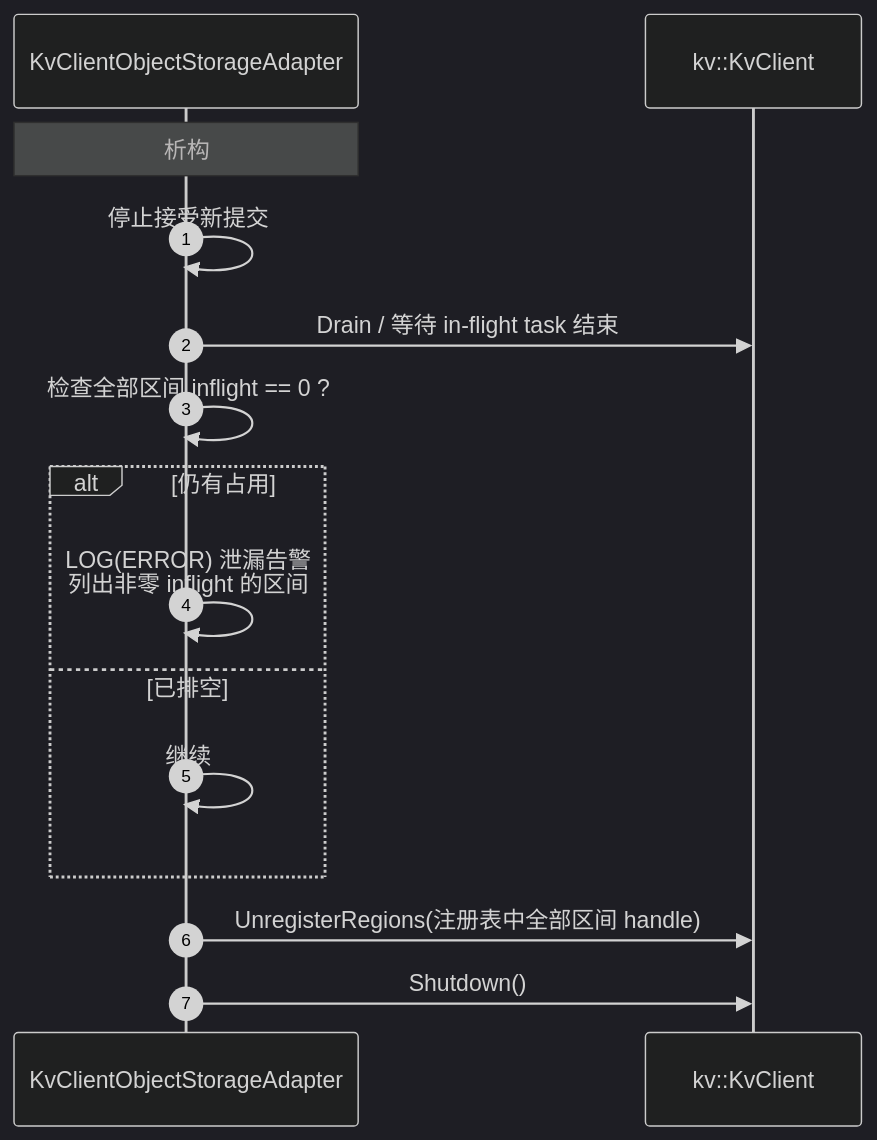
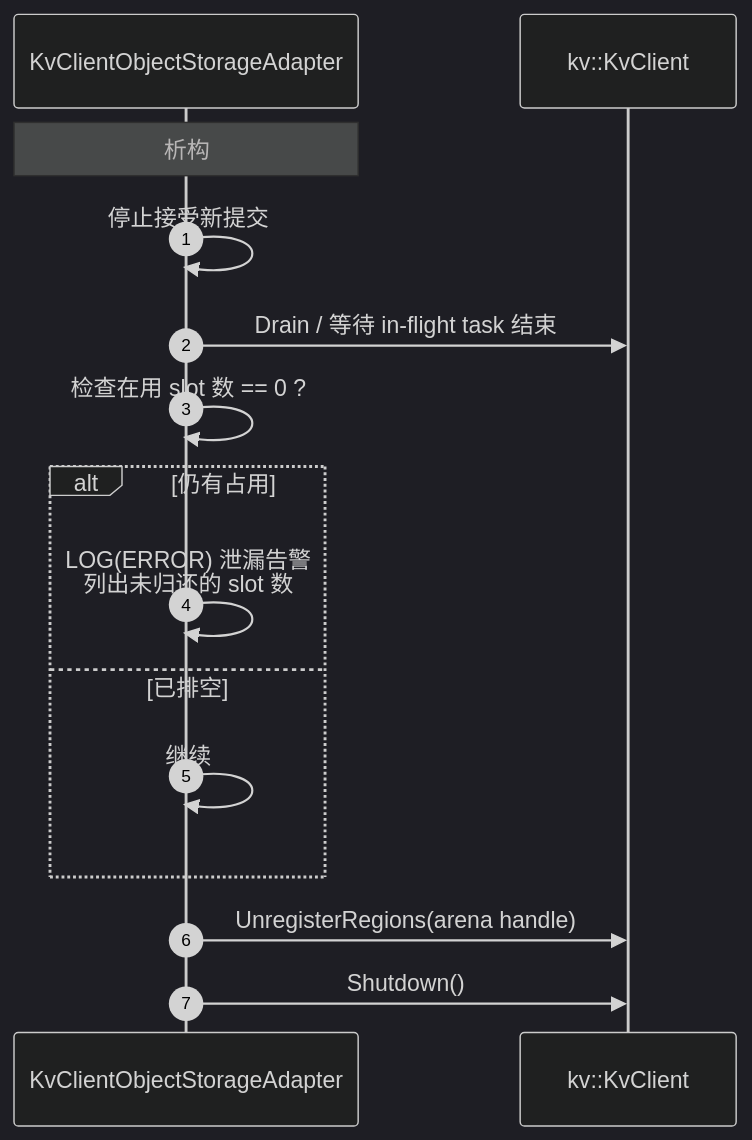
Before and after one commit to zwj20000328-dotcom/Mooncake-documents: diagram 13 of 13 in Mooncake + KVClient L3 接入（Kvcs）- v3.md, drawn with Mermaid (dark theme). The commit also changed other lines of this file, not shown here.

First line of the commit message:
docs: switch the data path to one arena with per-call slots

````diff
--- a/Mooncake + KVClient L3 接入（Kvcs）- v3.md
+++ b/Mooncake + KVClient L3 接入（Kvcs）- v3.md
@@ -759,18 +760,18 @@
 ```mermaid
 sequenceDiagram
     autonumber
     participant AD as KvClientObjectStorageAdapter
     participant SDK as kv::KvClient
 
     Note over AD: 析构
     AD->>AD: 停止接受新提交
     AD->>SDK: Drain / 等待 in-flight task 结束
-    AD->>AD: 检查全部区间 inflight == 0 ?
+    AD->>AD: 检查在用 slot 数 == 0 ?
     alt 仍有占用
-        AD->>AD: LOG(ERROR) 泄漏告警<br/>列出非零 inflight 的区间
+        AD->>AD: LOG(ERROR) 泄漏告警<br/>列出未归还的 slot 数
     else 已排空
         AD->>AD: 继续
     end
-    AD->>SDK: UnregisterRegions(注册表中全部区间 handle)
+    AD->>SDK: UnregisterRegions(arena handle)
     AD->>SDK: Shutdown()
 ```
````
